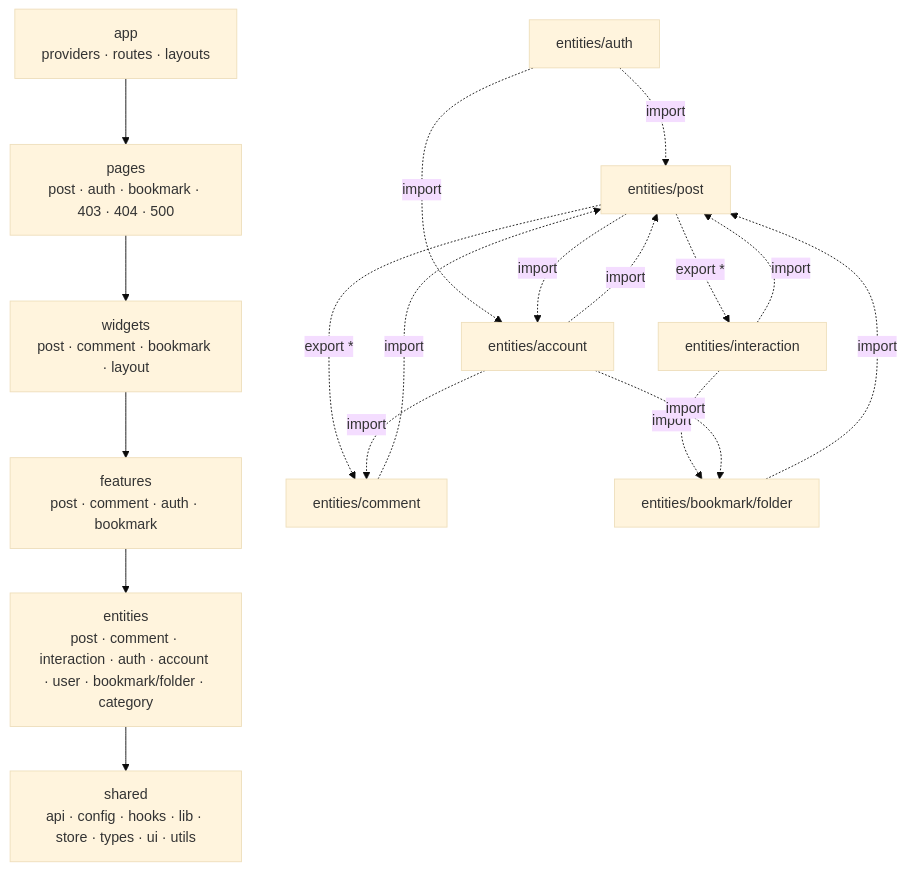
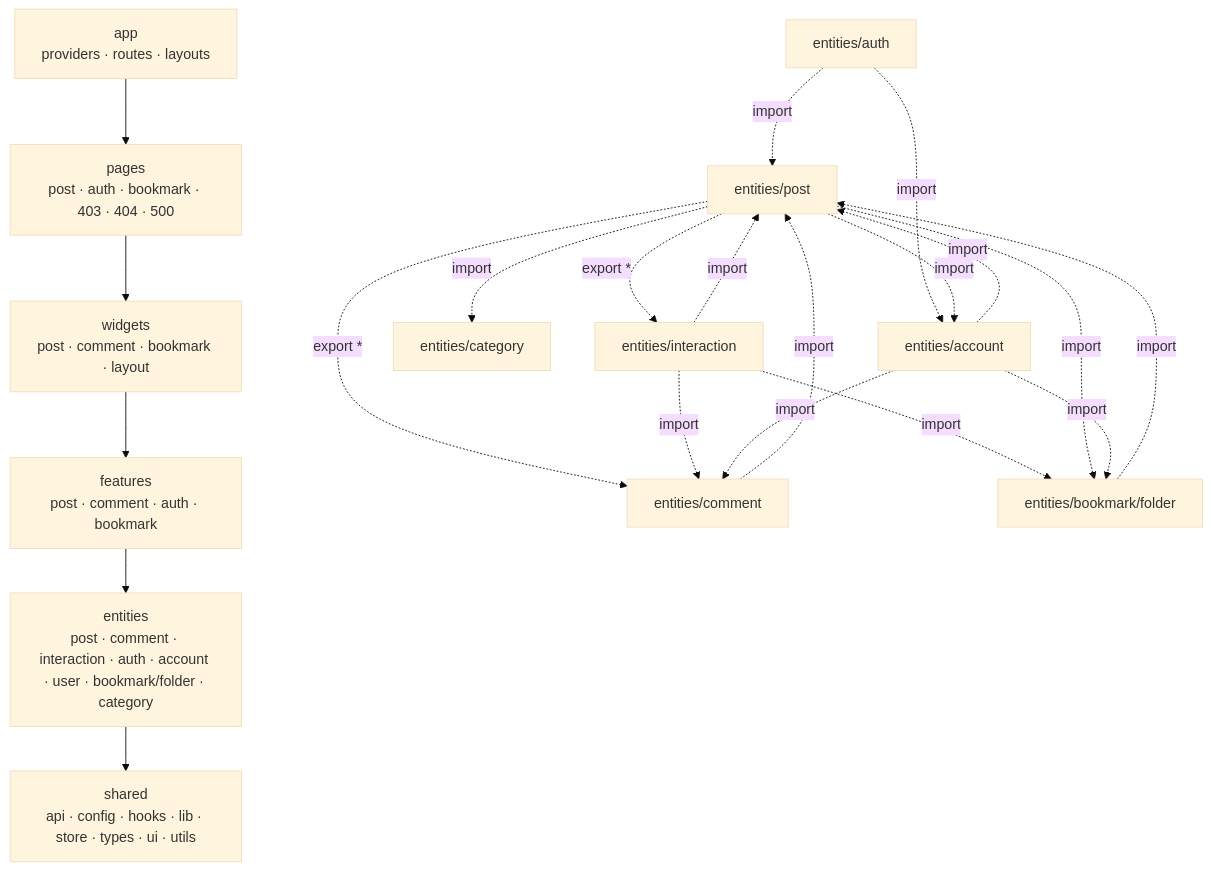
The diagram in docs/FE-ARCHITECTURE.md (BAECHAN/link-sphere_FE_NEW), drawn with Mermaid (base theme) before and after one commit. The commit also changed other lines of this file and 1 other file, not shown here.

First line of the commit message:
docs(claude): CLAUDE.md·FE-ARCHITECTURE.md의 낡은 서술 10건 정정

````diff
--- a/docs/FE-ARCHITECTURE.md
+++ b/docs/FE-ARCHITECTURE.md
@@ -58,21 +58,24 @@
 ```mermaid
 flowchart TD
   App["app<br/>providers · routes · layouts"] --> Pages["pages<br/>post · auth · bookmark · 403 · 404 · 500"]
   Pages --> Widgets["widgets<br/>post · comment · bookmark · layout"]
   Widgets --> Features["features<br/>post · comment · auth · bookmark"]
   Features --> Entities["entities<br/>post · comment · interaction · auth · account · user · bookmark/folder · category"]
   Entities --> Shared["shared<br/>api · config · hooks · lib · store · types · ui · utils"]
 
   EPost["entities/post"] -.export *.-> EComment["entities/comment"]
   EPost -.export *.-> EInteraction["entities/interaction"]
   EFolder["entities/bookmark/folder"] -.import.-> EPost
   EComment -.import.-> EPost
   EInteraction -.import.-> EPost
   EInteraction -.import.-> EFolder
+  EInteraction -.import.-> EComment
+  EPost -.import.-> EFolder
+  EPost -.import.-> ECategory["entities/category"]
   EAuth["entities/auth"] -.import.-> EPost
   EAuth -.import.-> EAccount["entities/account"]
   EAccount -.import.-> EPost
   EAccount -.import.-> EComment
   EAccount -.import.-> EFolder
   EPost -.import.-> EAccount
 ```
````
